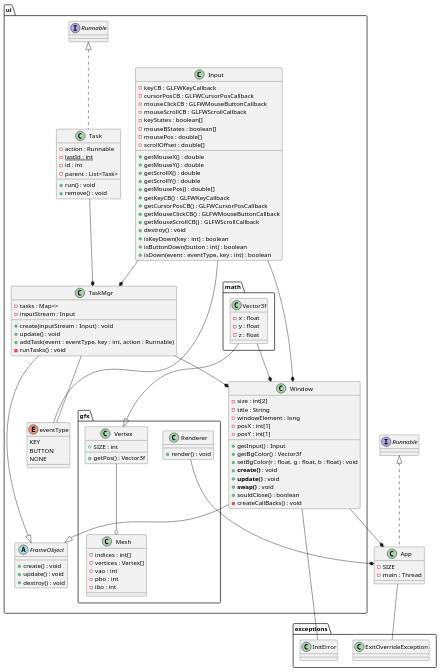
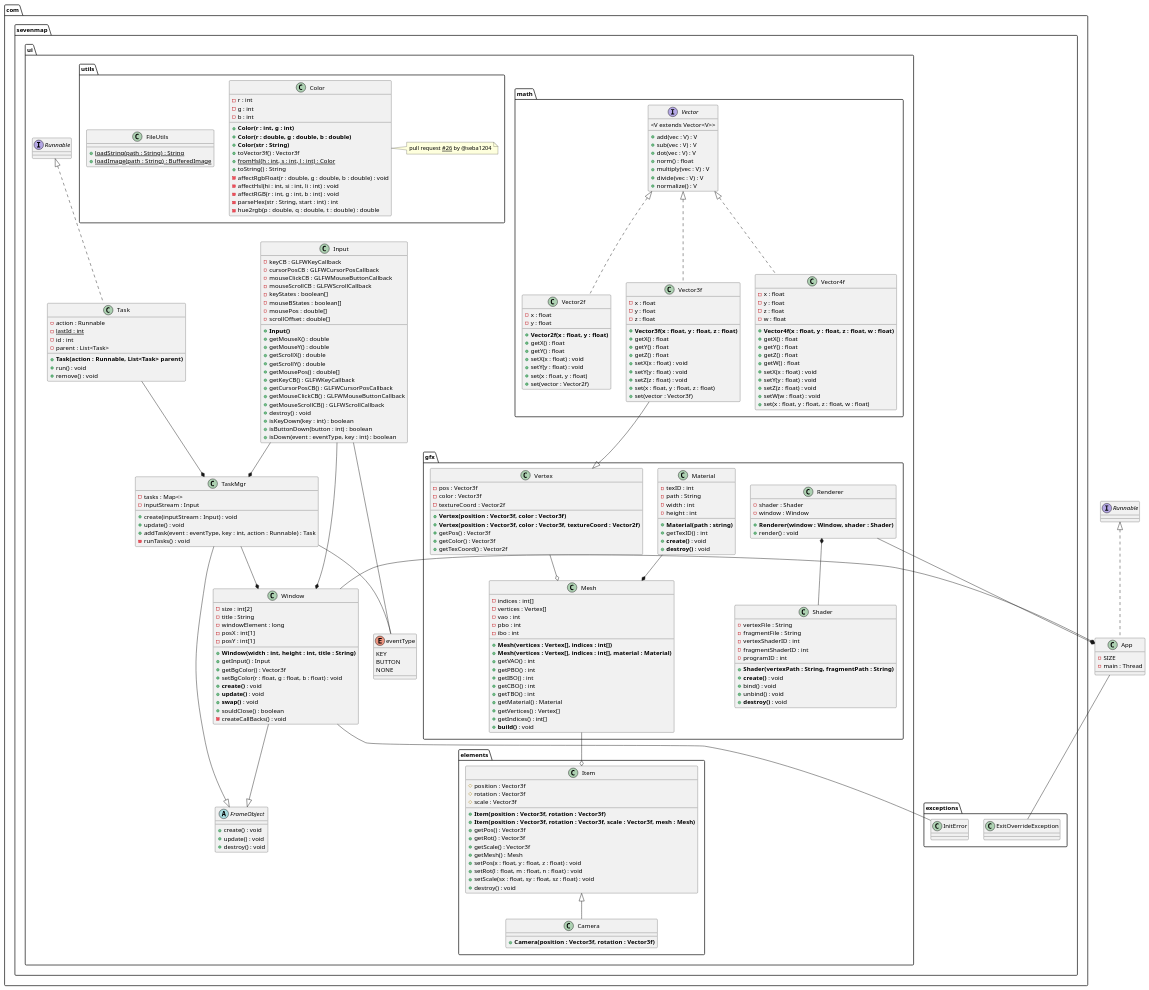
The diagram in doc/meetings/team-rendering/diagram_rendering.plantuml (photonsquid/7map), drawn with PlantUML before and after one commit. The commit also changed 8 other files, not shown here.

```diff
--- a/doc/meetings/team-rendering/diagram_rendering.plantuml
+++ b/doc/meetings/team-rendering/diagram_rendering.plantuml
@@ -9,7 +9,7 @@
 
 }
 
-package exceptions {
+package com.sevenmap.exceptions {
     class ExitOverrideException {
 
     }
@@ -17,7 +17,7 @@
 
     }
 }
-package ui {
+package com.sevenmap.ui {
     
     class Window {
         - size : int[2]
@@ -25,6 +25,7 @@
         - windowElement : long
         - posX : int[1]
         - posY : int[1]
+        + **Window(width : int, height : int, title : String)**
         + getInput() : Input
         + getBgColor() : Vector3f
         + setBgColor(r : float, g : float, b : float) : void
@@ -54,6 +55,7 @@
         - mouseBStates : boolean[]
         - mousePos : double[]
         - scrollOffset : double[]
+        + **Input()**
         + getMouseX() : double
         + getMouseY() : double
         + getScrollX() : double
@@ -76,9 +78,8 @@
         - inputStream : Input
         + create(inputStream : Input) : void
         + update() : void
-        + addTask(event : eventType, key : int, action : Runnable)
+        + addTask(event : eventType, key : int, action : Runnable) : Task
         - runTasks() : void
-        
     }
 
     class Task implements Runnable {
@@ -86,13 +87,24 @@
         - {static} lastId : int
         - id : int
         - parent : List<Task>
+        + **Task(action : Runnable, List<Task> parent)**
         + run() : void
         + remove() : void
     }
 
-    package gfx {
+    abstract class FrameObject {
+        + create() : void
+        + update() : void
+        + destroy() : void
+
+    }
+
+    package com.sevenmap.ui.gfx {
 
         class Renderer {
+            - shader : Shader
+            - window : Window
+            + **Renderer(window : Window, shader : Shader)**
             + render() : void
         }
 
@@ -102,36 +114,172 @@
             - vao : int
             - pbo : int
             - ibo : int
+            + **Mesh(vertices : Vertex[], indices : int[])**
+            + **Mesh(vertices : Vertex[], indices : int[], material : Material)**
+            + getVAO() : int
+            + getPBO() : int
+            + getIBO() : int
+            + getCBO() : int
+            + getTBO() : int
+            + getMaterial() : Material
+            + getVertices() : Vertex[]
+            + getIndices() : int[]
+            + **build()** : void
         }
 
         class Vertex {
-            + SIZE : int
+            - pos : Vector3f
+            - color : Vector3f
+            - textureCoord : Vector2f
+            + **Vertex(position : Vector3f, color : Vector3f)**
+            + **Vertex(position : Vector3f, color : Vector3f, textureCoord : Vector2f)**
             + getPos() : Vector3f
+            + getColor() : Vector3f
+            + getTexCoord() : Vector2f
+        }
+
+        class Material {
+            - texID : int
+            - path : String
+            - width : int
+            - height : int
+            + **Material(path : string)**
+            + getTexID() : int
+            + **create()** : void
+            + **destroy()** : void
+        }
+
+        class Shader {
+            - vertexFile : String
+            - fragmentFile : String
+            - vertexShaderID : int
+            - fragmentShaderID : int
+            - programID : int
+            + **Shader(vertexPath : String, fragmentPath : String)**
+            + **create()** : void
+            + bind() : void
+            + unbind() : void
+            + **destroy()** : void
         }
     }
     
-    package math {
-        class Vector3f {
+    package com.sevenmap.ui.math {
+        interface Vector {
+            <V extends Vector<V>>
+            + add(vec : V) : V
+            + sub(vec : V) : V
+            + dot(vec : V) : V
+            + norm() : float
+            + multiply(vec : V) : V
+            + divide(vec : V) : V
+            + normalize() : V
+        }
+
+        class Vector2f implements Vector {
+            - x : float
+            - y : float
+            + **Vector2f(x : float, y : float)**
+            + getX() : float
+            + getY() : float
+            + setX(x : float) : void
+            + setY(y : float) : void
+            + set(x : float, y : float)
+            + set(vector : Vector2f)
+        }
+        class Vector3f implements Vector {
             - x : float
             - y : float
             - z : float
+            + **Vector3f(x : float, y : float, z : float)**
+            + getX() : float
+            + getY() : float
+            + getZ() : float
+            + setX(x : float) : void
+            + setY(y : float) : void
+            + setZ(z : float) : void
+            + set(x : float, y : float, z : float)
+            + set(vector : Vector3f)
+        }
+
+        class Vector4f implements Vector {
+            - x : float
+            - y : float
+            - z : float
+            - w : float
+            + **Vector4f(x : float, y : float, z : float, w : float)**
+            + getX() : float
+            + getY() : float
+            + getZ() : float
+            + getW() : float
+            + setX(x : float) : void
+            + setY(y : float) : void
+            + setZ(z : float) : void
+            + setW(w : float) : void
+            + set(x : float, y : float, z : float, w : float)
+        }
+
+        
+    }
+
+    package com.sevenmap.ui.elements {
+        
+        class Item {
+            # position : Vector3f
+            # rotation : Vector3f
+            # scale : Vector3f
+            + **Item(position : Vector3f, rotation : Vector3f)**
+            + **Item(position : Vector3f, rotation : Vector3f, scale : Vector3f, mesh : Mesh)**
+            + getPos() : Vector3f
+            + getRot() : Vector3f
+            + getScale() : Vector3f
+            + getMesh() : Mesh
+            + setPos(x : float, y : float, z : float) : void
+            + setRot(l : float, m : float, n : float) : void
+            + setScale(sx : float, sy : float, sz : float) : void
+            + destroy() : void
+
+
+        }
+
+        class Camera extends Item{
+            + **Camera(position : Vector3f, rotation : Vector3f)**
+        }
+
+        
+    }
+
+    package com.sevenmap.ui.utils {
+        class Color {
+            - r : int
+            - g : int
+            - b : int
+            + **Color(r : int, g : int)**
+            + **Color(r : double, g : double, b : double)**
+            + **Color(str : String)**
+            + toVector3f() : Vector3f
+            + {static} fromHsl(h : int, s : int, l : int) : Color
+            + toString() : String
+            - affectRgbFloat(r : double, g : double, b : double) : void
+            - affectHsl(hi : int, si : int, li : int) : void
+            - affectRGB(r : int, g : int, b : int) : void
+            - parseHex(str : String, start : int) : int
+            - hue2rgb(p : double, q : double, t : double) : double
+        }
+        note right: pull request <u>#26</u> by @seba1204
+
+        class FileUtils {
+            + {static} loadString(path : String) : String
+            + {static} loadImage(path : String) : BufferedImage
         }
     }
 
 
-    abstract class FrameObject {
-        + create() : void
-        + update() : void
-        + destroy() : void
-
-    }
 }
 
 Window --* App
 Renderer --* App
 TaskMgr --* Window
 Input --* Window
-Vector3f --* Window
 Vertex --o Mesh
 Task --* TaskMgr
 TaskMgr --|> FrameObject
@@ -142,5 +290,8 @@
 Input --* TaskMgr
 App -- ExitOverrideException
 Vector3f --|> Vertex
+Renderer *-- Shader
+Material --* Mesh
+Mesh --o Item
 
 @enduml
```
